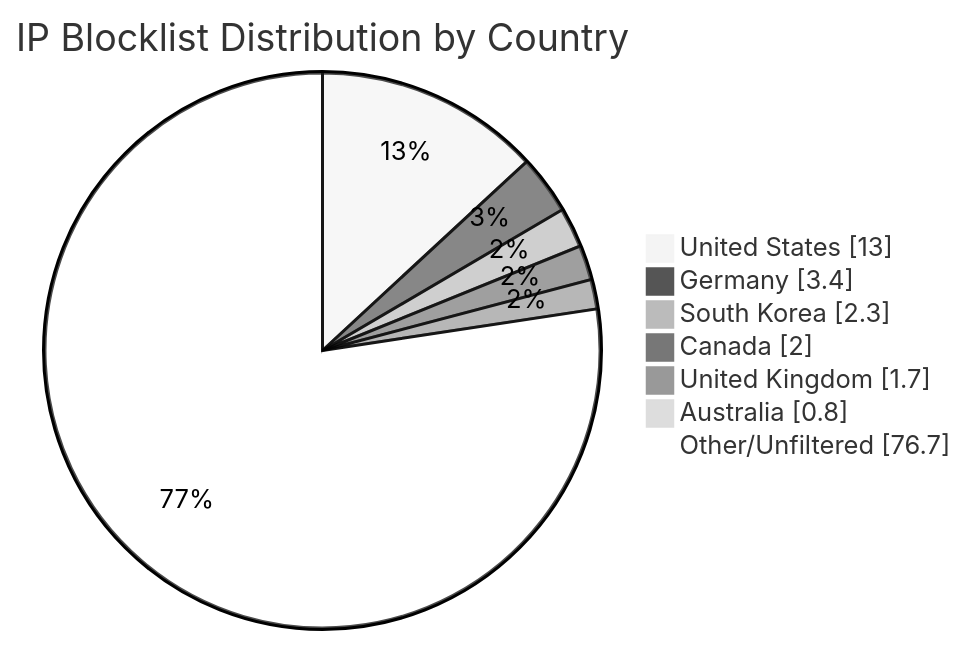
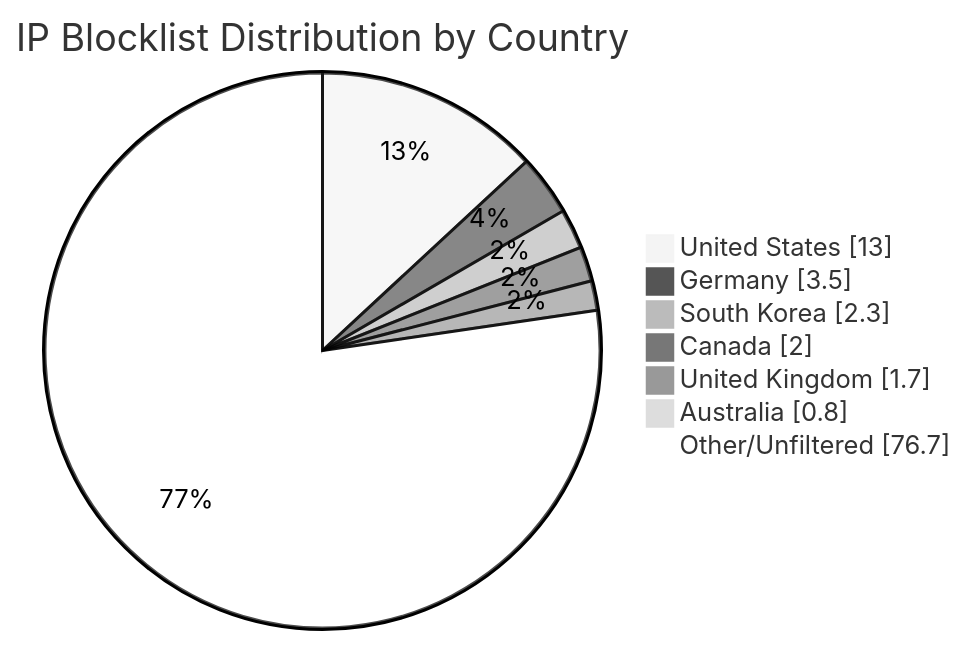
The diagram in README.md (MarcusHoltz/ipblocklist-geofiltered-aggregator), drawn with Mermaid (neutral theme) before and after one commit. The commit also changed other lines of this file and 9 other files, not shown here.

````diff
--- a/README.md
+++ b/README.md
@@ -34,10 +34,10 @@
 ```mermaid
 pie showData title IP Blocklist Distribution by Country
 "United States" : 13.0
-"Germany" : 3.4
+"Germany" : 3.5
 "South Korea" : 2.3
 "Canada" : 2.0
 "United Kingdom" : 1.7
 "Australia" : 0.8
 "Other/Unfiltered" : 76.7
 ```
````
